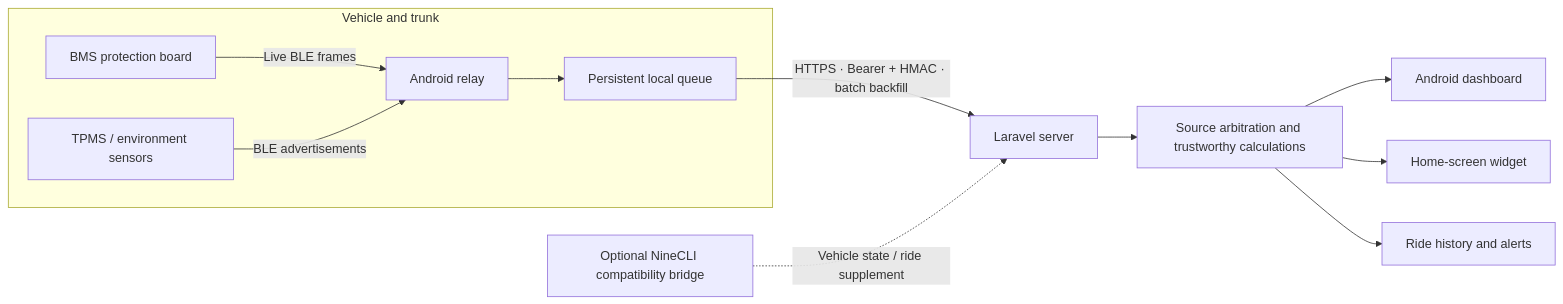
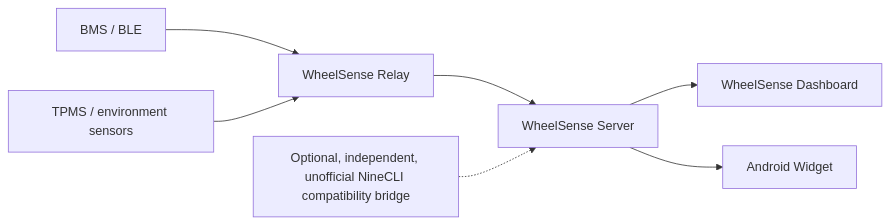
The diagram in README_EN.md (lovemygoddess/wheelsense), drawn with Mermaid before and after one commit. The commit also changed other lines of this file and 8 other files, not shown here.

First line of the commit message:
docs: refresh WheelSense README and project showcase

````diff
--- a/README_EN.md
+++ b/README_EN.md
@@ -115,15 +132,9 @@
-```mermaid
+~~~mermaid
 flowchart LR
-  subgraph Vehicle["Vehicle and trunk"]
-    BMS["BMS protection board"] -->|Live BLE frames| R["Android relay"]
-    TPMS["TPMS / environment sensors"] -->|BLE advertisements| R
-    R --> Q["Persistent local queue"]
-  end
-
-  Q -->|HTTPS · Bearer + HMAC · batch backfill| S["Laravel server"]
-  N["Optional NineCLI compatibility bridge"] -.->|Vehicle state / ride supplement| S
-  S --> C["Source arbitration and trustworthy calculations"]
-  C --> D["Android dashboard"]
-  C --> W["Home-screen widget"]
-  C --> H["Ride history and alerts"]
-```
+  BMS["BMS / BLE"] --> RELAY["WheelSense Relay"]
+  SENSOR["TPMS / environment sensors"] --> RELAY
+  RELAY --> SERVER["WheelSense Server"]
+  SERVER --> DASH["WheelSense Dashboard"]
+  SERVER --> WIDGET["Android Widget"]
+  BRIDGE["Optional, independent, unofficial NineCLI compatibility bridge"] -.-> SERVER
+~~~
````
